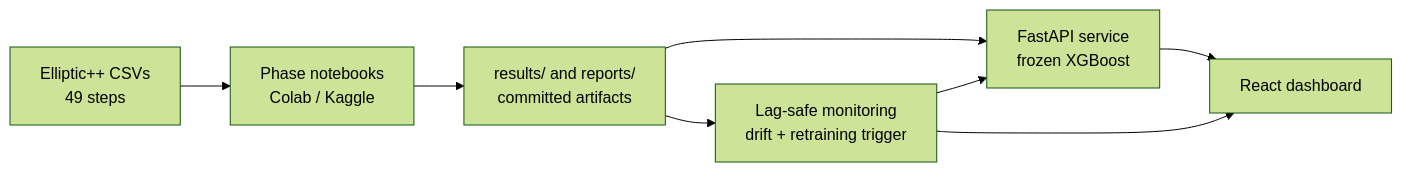
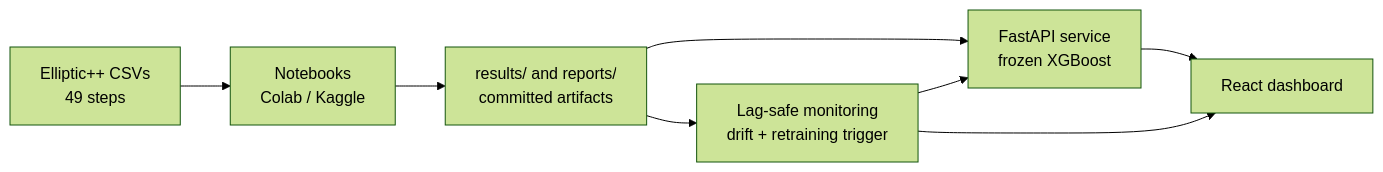
Before and after one commit to siddhu-exe/BitcoinGraphGuard: the diagram in README.md, drawn with Mermaid (forest theme). The commit also changed other lines of this file and 8 other files, not shown here.

First line of the commit message:
docs: add WALKFORWARD.md, rewrite README and bring roadmap docs up to date

````diff
--- a/README.md
+++ b/README.md
@@ -83,10 +91,10 @@
 ```mermaid
 flowchart LR
-    D[Elliptic++ CSVs<br/>49 steps] --> N[Phase notebooks<br/>Colab / Kaggle]
+    D[Elliptic++ CSVs<br/>49 steps] --> N[Notebooks<br/>Colab / Kaggle]
     N --> R[results/ and reports/<br/>committed artifacts]
     R --> A[FastAPI service<br/>frozen XGBoost]
     R --> M[Lag-safe monitoring<br/>drift + retraining trigger]
     M --> A
     A --> F[React dashboard]
     M --> F
 ```
````
